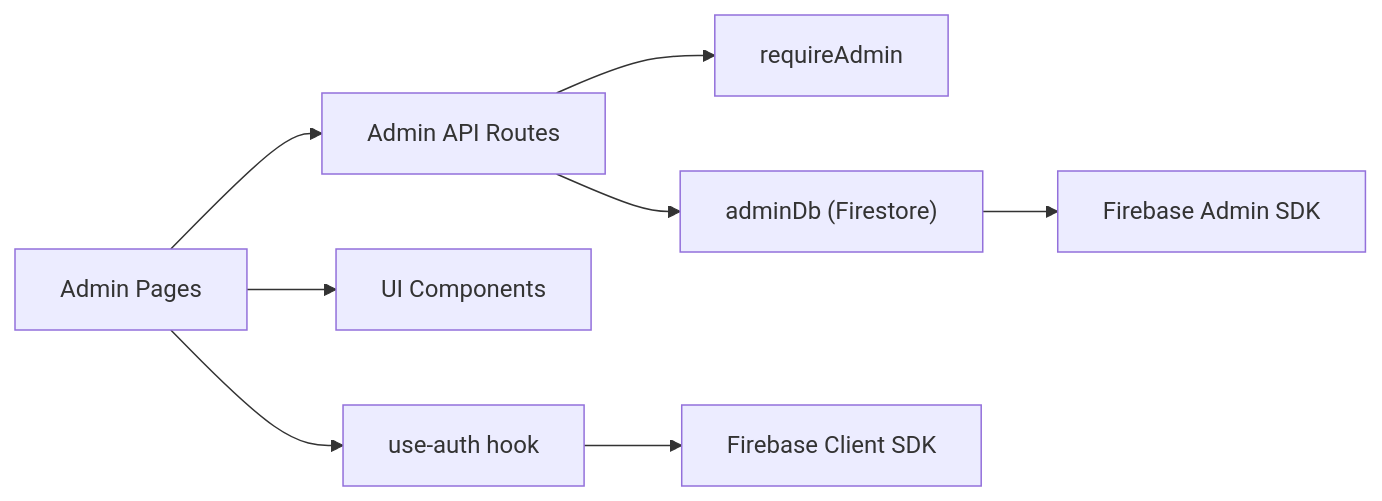
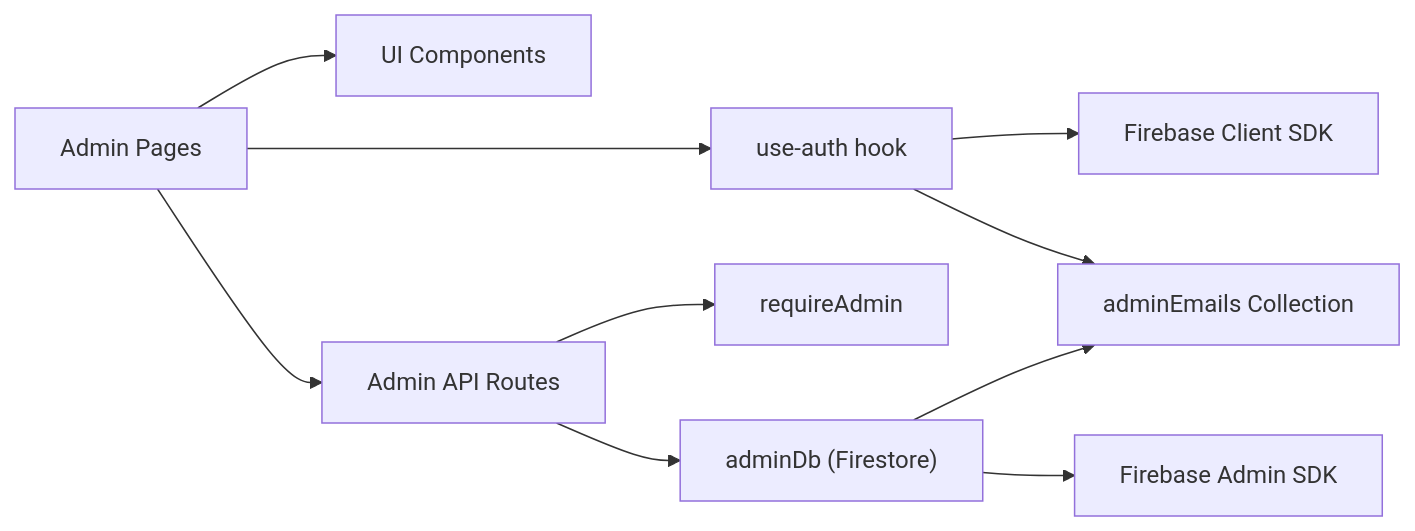
Before and after one commit to alikizang/datafrica: the eighth of 8 diagrams in .qoder/repowiki/en/content/Admin Panel/Admin Panel.md, drawn with Mermaid. The commit also changed other lines of this file and 15 other files, not shown here.

First line of the commit message:
Fix auth loading, add Firestore rules, KKiaPay webhook, admin redirect

````diff
--- a/.qoder/repowiki/en/content/Admin Panel/Admin Panel.md
+++ b/.qoder/repowiki/en/content/Admin Panel/Admin Panel.md
@@ -328,10 +373,12 @@
 ```mermaid
 graph LR
 AdminPages["Admin Pages"] --> UseAuth["use-auth hook"]
 AdminPages --> UIComp["UI Components"]
 AdminPages --> APIRoutes["Admin API Routes"]
 APIRoutes --> AuthMW["requireAdmin"]
 APIRoutes --> AdminDB["adminDb (Firestore)"]
 UseAuth --> FBClient["Firebase Client SDK"]
+UseAuth --> AdminEmails["adminEmails Collection"]
 AdminDB --> FBAdmin["Firebase Admin SDK"]
+AdminDB --> AdminEmails
 ```
````
